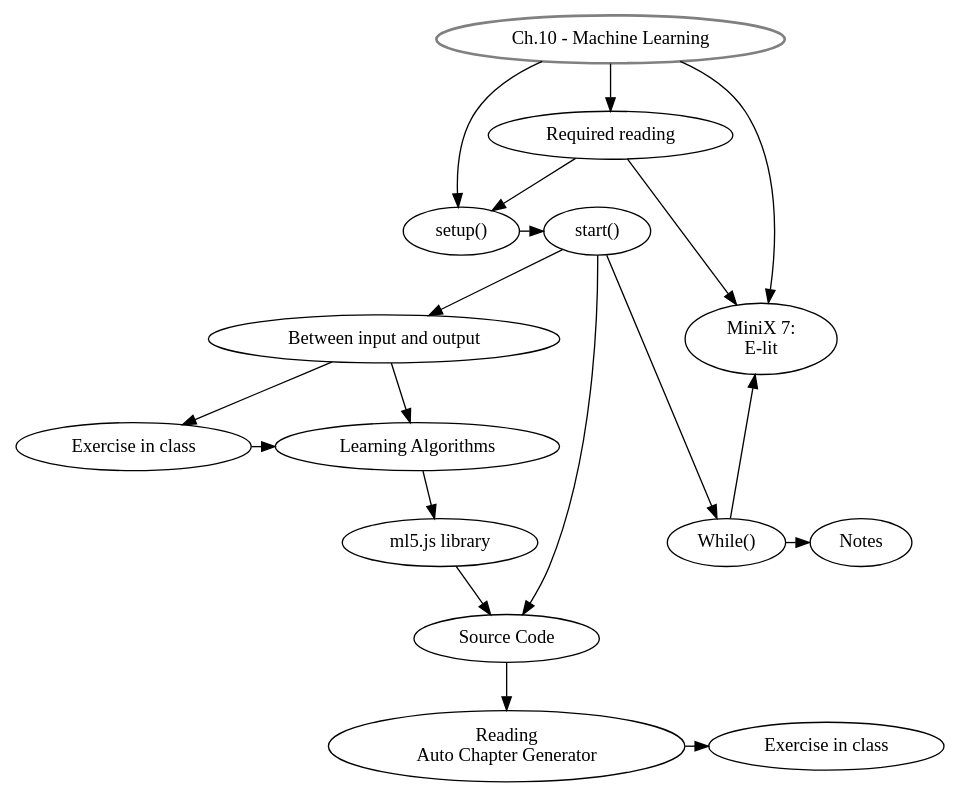
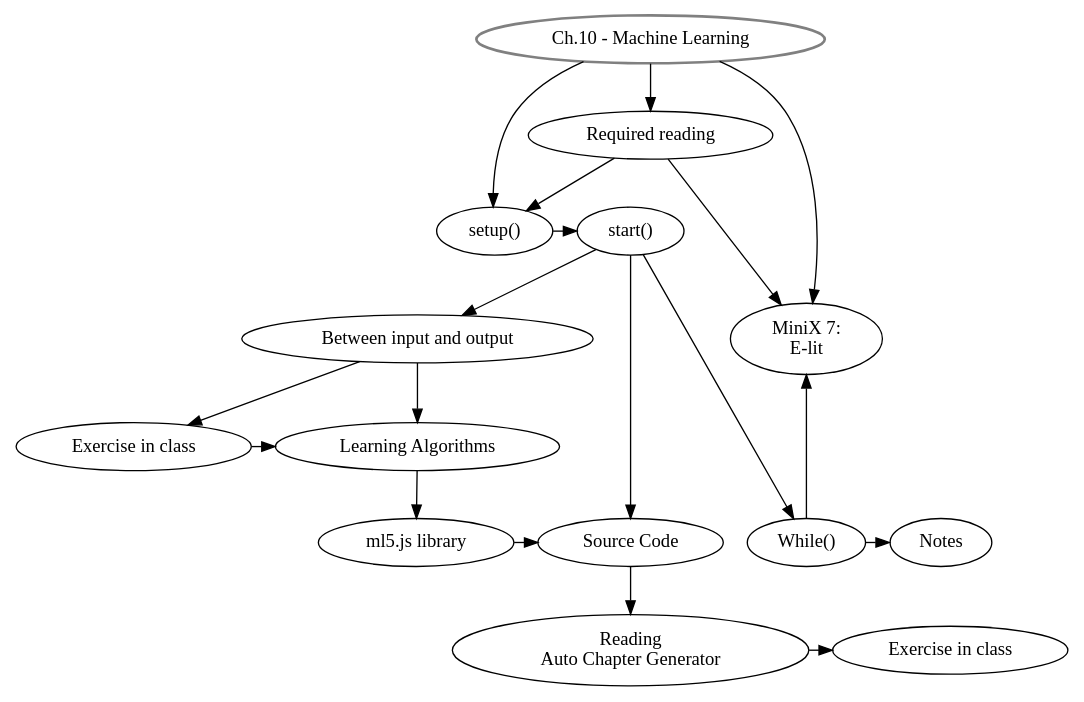
One commit to danbz/aesthetic-programming changed the diagram in graphviz/AP_ch10.dot. Above: the diagram before and after it, drawn with Graphviz. The commit also changed 1 other file, not shown here.

Commit message:
update flowchart ch.10

```diff
--- a/graphviz/AP_ch10.dot
+++ b/graphviz/AP_ch10.dot
@@ -1,39 +1,40 @@
 digraph G {
 //labels
 GS [
 label="Ch.10 - Machine Learning",
 style=bold,
 color=grey,
 ]
 
 SU [label="setup()"]
 ST [label="start()"]
 IO [label="Between input and output"]
 EiC [label="Exercise in class"]
 LA [label="Learning Algorithms"]
 ml5 [label="ml5.js library"]
 SC [label="Source Code"]
 RAG [label="Reading \nAuto Chapter Generator"]
 EiC2 [label="Exercise in class"]
 MW [label="While()"]
 MX [label="MiniX 7: \nE-lit"]
 RR [label="Required reading"]
 Notes [label="Notes"]
 
 //rank
 {rank = same; SU, ST}
 {rank = same; MX, IO}
 {rank = same; MW, ml5, Notes}
+{rank = same; ml5, SC}
 {rank = same; EiC, LA}
 {rank = same; EiC2, RAG}
 
 //graph
 GS -> SU -> ST -> IO -> EiC;
 GS -> RR, MX;
 RR -> MX, SU;
 EiC -> LA;
 IO -> LA -> ml5 -> SC;
 ST -> SC -> RAG -> EiC2;
 ST -> MW -> Notes;
 MW -> MX;
 }
```
